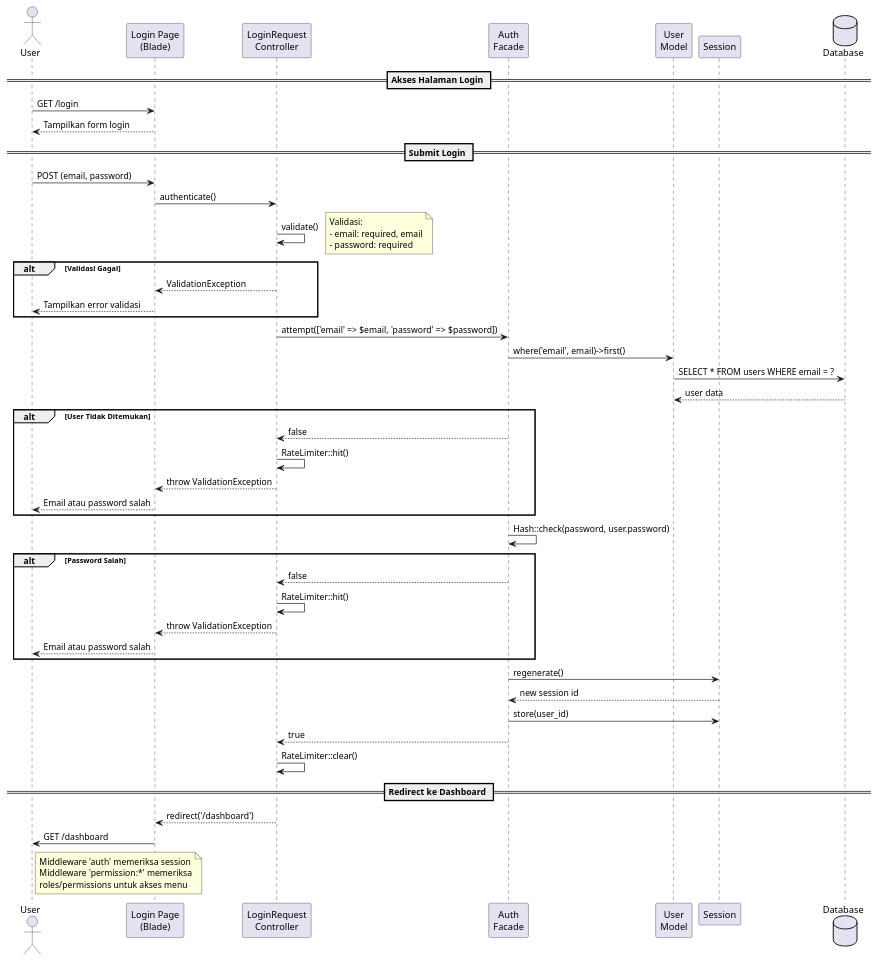
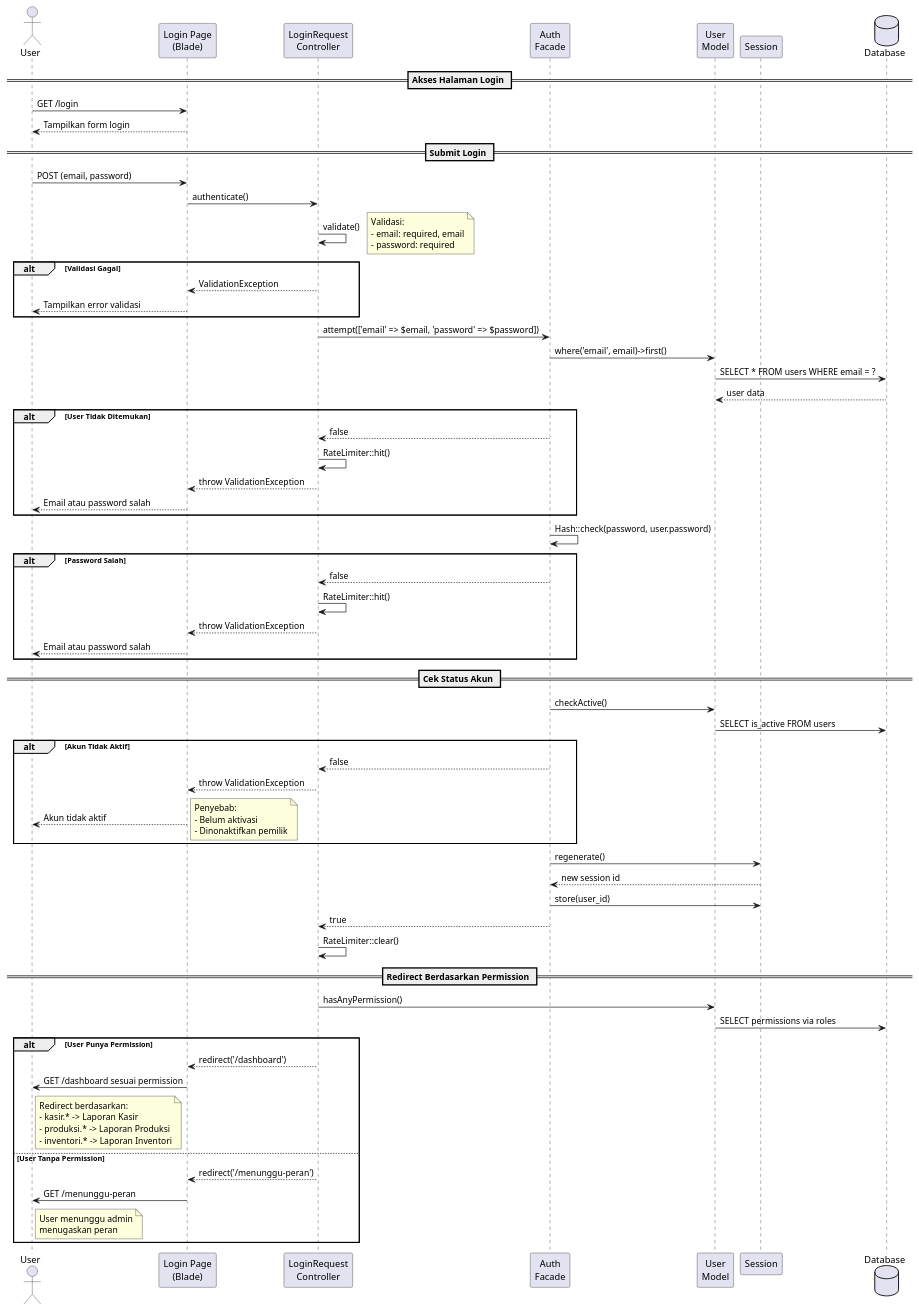
The diagram in docs/diagrams/puml/03_sequence_login.puml (pawon3d/pawon3d), drawn with PlantUML before and after one commit. The commit also changed 20 other files, not shown here.

```diff
--- a/docs/diagrams/puml/03_sequence_login.puml
+++ b/docs/diagrams/puml/03_sequence_login.puml
@@ -1,71 +1,98 @@
 @startuml Sequence Diagram - Login
 
 actor User
 participant "Login Page\n(Blade)" as Login
 participant "LoginRequest\nController" as LoginReq
 participant "Auth\nFacade" as Auth
 participant "User\nModel" as UserModel
 participant "Session" as Session
 database Database as DB
 
 == Akses Halaman Login ==
 User -> Login: GET /login
 Login --> User: Tampilkan form login
 
 == Submit Login ==
 User -> Login: POST (email, password)
 Login -> LoginReq: authenticate()
 
 LoginReq -> LoginReq: validate()
 note right
   Validasi:
   - email: required, email
   - password: required
 end note
 
 alt Validasi Gagal
     LoginReq --> Login: ValidationException
     Login --> User: Tampilkan error validasi
 end
 
 LoginReq -> Auth: attempt(['email' => $email, 'password' => $password])
 
 Auth -> UserModel: where('email', email)->first()
 UserModel -> DB: SELECT * FROM users WHERE email = ?
 DB --> UserModel: user data
 
 alt User Tidak Ditemukan
     Auth --> LoginReq: false
     LoginReq -> LoginReq: RateLimiter::hit()
     LoginReq --> Login: throw ValidationException
     Login --> User: Email atau password salah
 end
 
 Auth -> Auth: Hash::check(password, user.password)
 
 alt Password Salah
     Auth --> LoginReq: false
     LoginReq -> LoginReq: RateLimiter::hit()
     LoginReq --> Login: throw ValidationException
     Login --> User: Email atau password salah
 end
 
+== Cek Status Akun ==
+Auth -> UserModel: checkActive()
+UserModel -> DB: SELECT is_active FROM users
+
+alt Akun Tidak Aktif
+    Auth --> LoginReq: false
+    LoginReq --> Login: throw ValidationException
+    Login --> User: Akun tidak aktif
+    note right
+      Penyebab:
+      - Belum aktivasi
+      - Dinonaktifkan pemilik
+    end note
+end
+
 Auth -> Session: regenerate()
 Session --> Auth: new session id
 
 Auth -> Session: store(user_id)
 Auth --> LoginReq: true
 
 LoginReq -> LoginReq: RateLimiter::clear()
 
-== Redirect ke Dashboard ==
-LoginReq --> Login: redirect('/dashboard')
-Login -> User: GET /dashboard
+== Redirect Berdasarkan Permission ==
+LoginReq -> UserModel: hasAnyPermission()
+UserModel -> DB: SELECT permissions via roles
 
-note right of User
-  Middleware 'auth' memeriksa session
-  Middleware 'permission:*' memeriksa
-  roles/permissions untuk akses menu
-end note
+alt User Punya Permission
+    LoginReq --> Login: redirect('/dashboard')
+    Login -> User: GET /dashboard sesuai permission
+    note right of User
+      Redirect berdasarkan:
+      - kasir.* -> Laporan Kasir
+      - produksi.* -> Laporan Produksi
+      - inventori.* -> Laporan Inventori
+    end note
+else User Tanpa Permission
+    LoginReq --> Login: redirect('/menunggu-peran')
+    Login -> User: GET /menunggu-peran
+    note right of User
+      User menunggu admin
+      menugaskan peran
+    end note
+end
 
 @enduml
```
